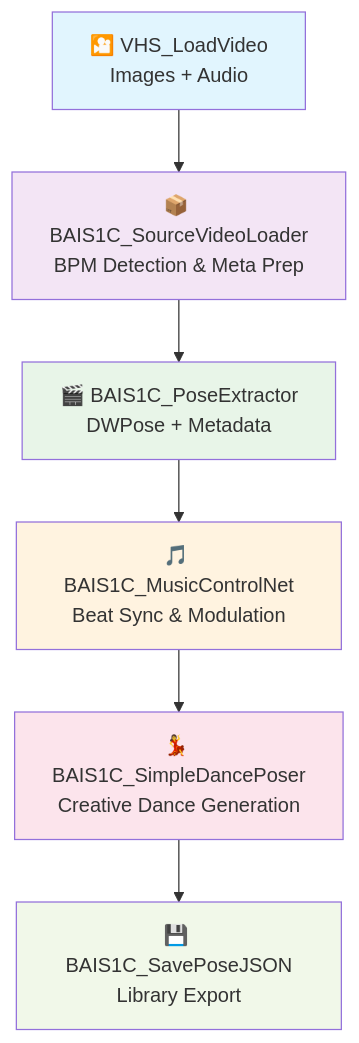
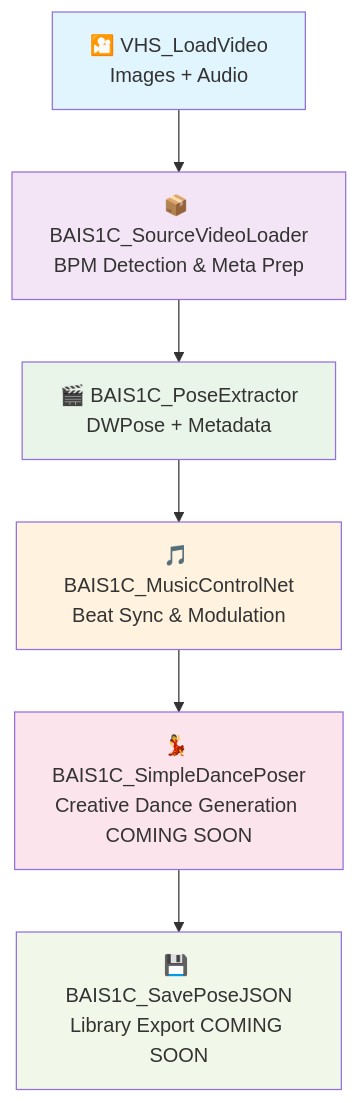
The diagram in README.md (BAIS1C/BAIS1Cs_VACE_DANCE_SYNC_SUITE), drawn with Mermaid before and after one commit.

````diff
--- a/README.md
+++ b/README.md
@@ -37,15 +37,15 @@
 ```mermaid
 graph TD
     A[🎦 VHS_LoadVideo<br/>Images + Audio] --> B[📦 BAIS1C_SourceVideoLoader<br/>BPM Detection & Meta Prep]
     B --> C[🎬 BAIS1C_PoseExtractor<br/>DWPose + Metadata]
     C --> D[🎵 BAIS1C_MusicControlNet<br/>Beat Sync & Modulation]
-    D --> E[💃 BAIS1C_SimpleDancePoser<br/>Creative Dance Generation]
-    E --> F[💾 BAIS1C_SavePoseJSON<br/>Library Export]
+    D --> E[💃 BAIS1C_SimpleDancePoser<br/>Creative Dance Generation COMING SOON]
+    E --> F[💾 BAIS1C_SavePoseJSON<br/>Library Export COMING SOON]
     
     style A fill:#e1f5fe
     style B fill:#f3e5f5
     style C fill:#e8f5e8
     style D fill:#fff3e0
     style E fill:#fce4ec
     style F fill:#f1f8e9
 ```
````
